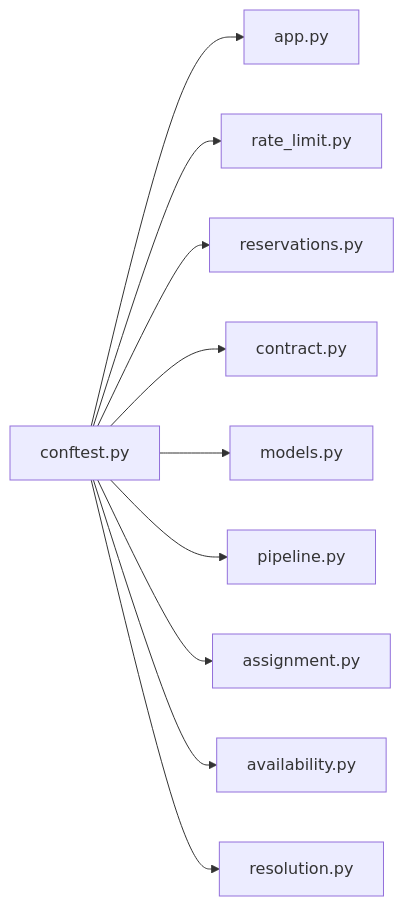
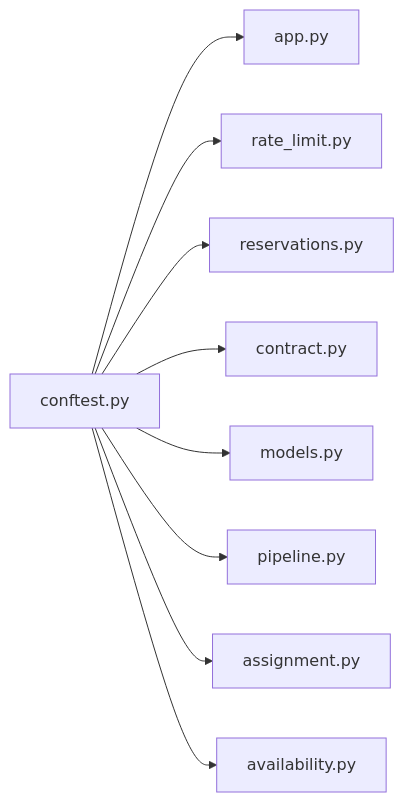
The diagram in .cluedoc/graph/backend/tests/conftest.md (minkong-dev/Banblit), drawn with Mermaid before and after one commit. The commit also changed other lines of this file and 64 other files, not shown here.

````diff
--- a/.cluedoc/graph/backend/tests/conftest.md
+++ b/.cluedoc/graph/backend/tests/conftest.md
@@ -10,13 +10,12 @@
 ```mermaid
 flowchart LR
   backend_tests_conftest["conftest.py"]
   backend_tests_conftest --> backend_src_backend_api_app["app.py"]
   backend_tests_conftest --> backend_src_backend_api_rate_limit["rate_limit.py"]
   backend_tests_conftest --> backend_src_backend_api_routers_reservations["reservations.py"]
   backend_tests_conftest --> backend_src_backend_contract["contract.py"]
   backend_tests_conftest --> backend_src_backend_db_models["models.py"]
   backend_tests_conftest --> backend_src_backend_db_pipeline["pipeline.py"]
   backend_tests_conftest --> backend_src_backend_scheduling_assignment["assignment.py"]
   backend_tests_conftest --> backend_src_backend_scheduling_availability["availability.py"]
-  backend_tests_conftest --> backend_src_backend_scheduling_resolution["resolution.py"]
 ```
````
